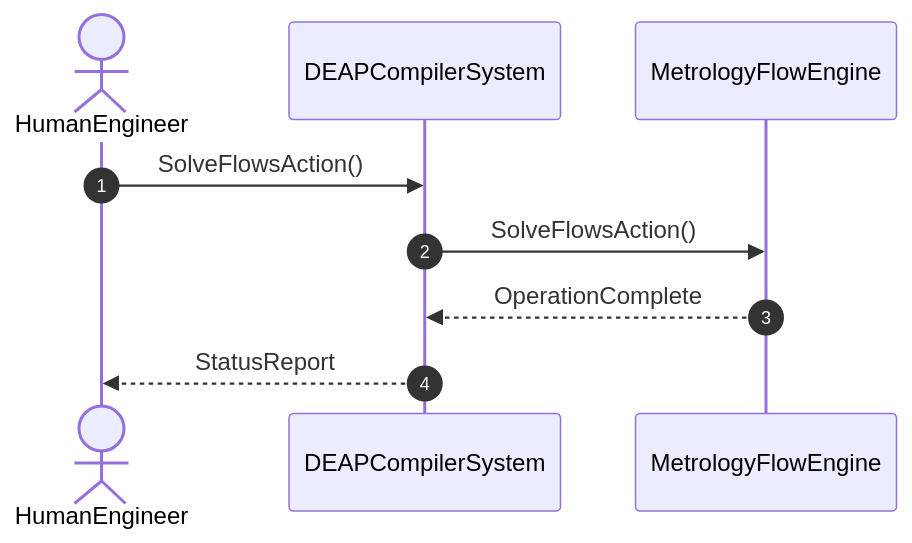
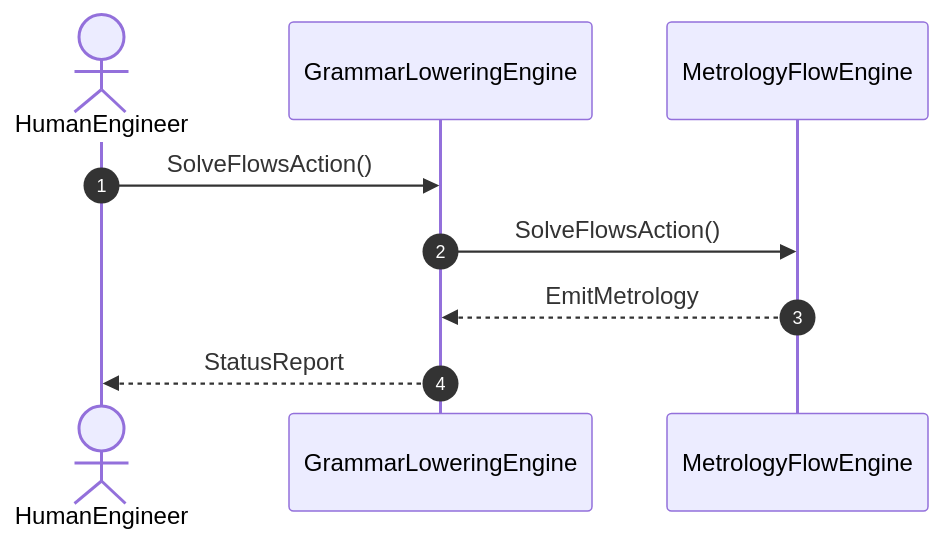
Before and after one commit to gintatkinson/dumpiler-01: the diagram in docs/user-stories/US-05-SolveFlowsAction.md, drawn with Mermaid. The commit also changed other lines of this file and 45 other files, not shown here.

````diff
--- a/docs/user-stories/US-05-SolveFlowsAction.md
+++ b/docs/user-stories/US-05-SolveFlowsAction.md
@@ -16,11 +16,11 @@
 ```mermaid
 sequenceDiagram
     autonumber
     actor HumanEngineer
-    participant DEAPCompilerSystem
+    participant GrammarLoweringEngine
     participant MetrologyFlowEngine
-    HumanEngineer->>DEAPCompilerSystem: SolveFlowsAction()
-    DEAPCompilerSystem->>MetrologyFlowEngine: SolveFlowsAction()
-    MetrologyFlowEngine-->>DEAPCompilerSystem: OperationComplete
-    DEAPCompilerSystem-->>HumanEngineer: StatusReport
+    HumanEngineer->>GrammarLoweringEngine: SolveFlowsAction()
+    GrammarLoweringEngine->>MetrologyFlowEngine: SolveFlowsAction()
+    MetrologyFlowEngine-->>GrammarLoweringEngine: EmitMetrology
+    GrammarLoweringEngine-->>HumanEngineer: StatusReport
 ```
````
